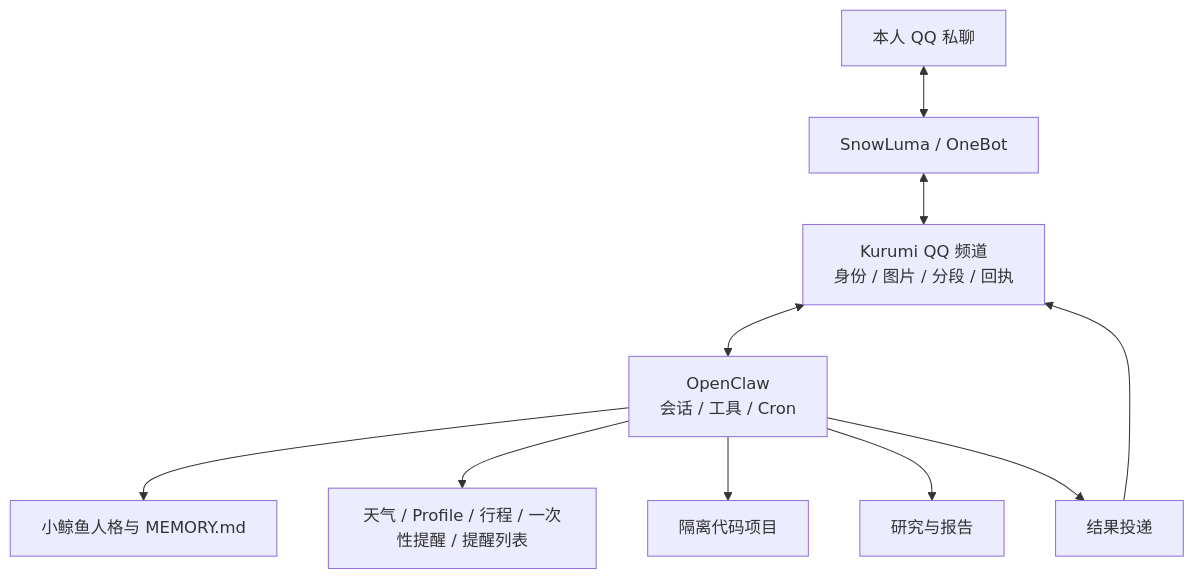
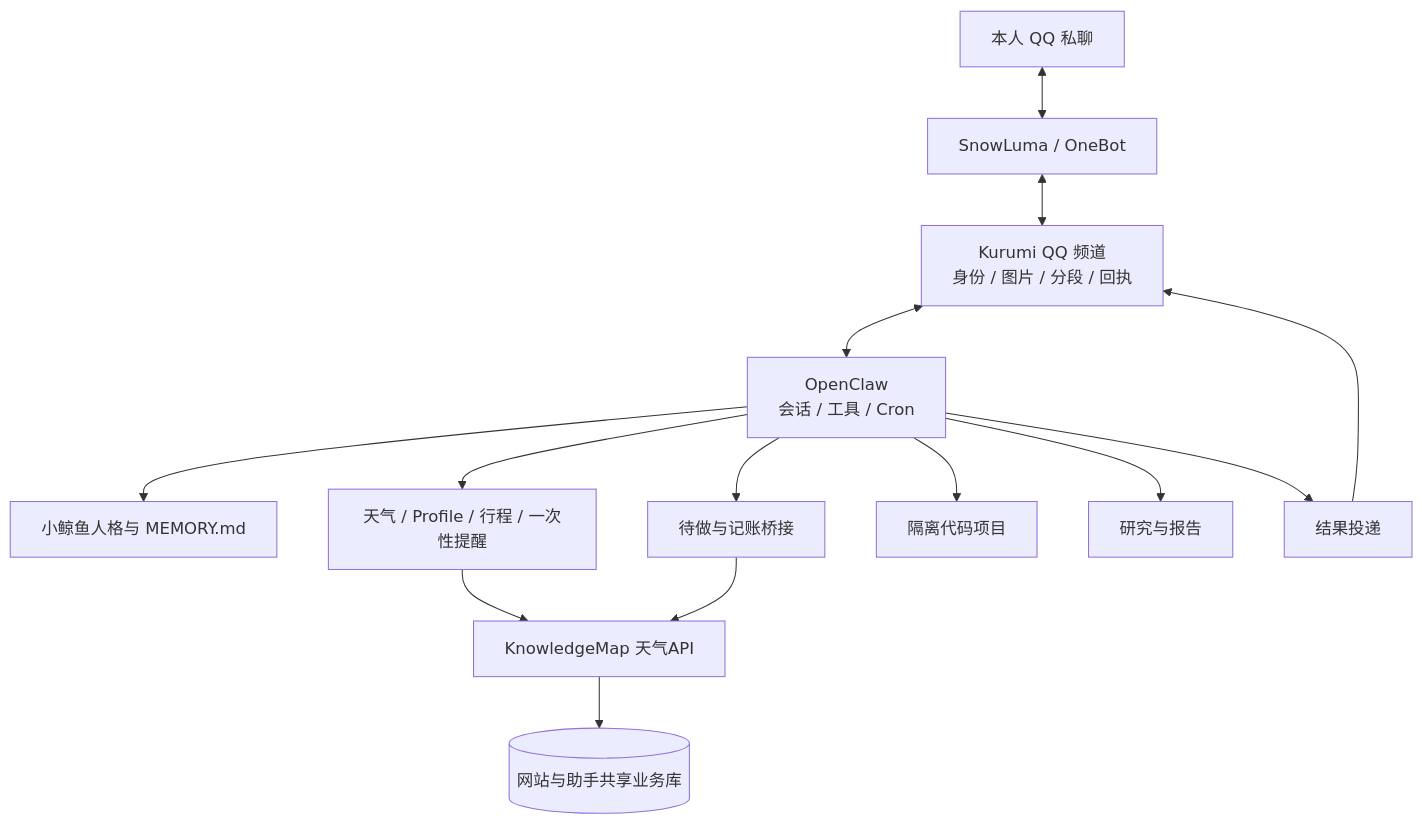
The diagram in docs/9_QQ融合助手架构与开发计划.md (zsh-afrangry/MyBot), drawn with Mermaid before and after one commit. The commit also changed other lines of this file and 26 other files, not shown here.

````diff
--- a/docs/9_QQ融合助手架构与开发计划.md
+++ b/docs/9_QQ融合助手架构与开发计划.md
@@ -9,12 +9,16 @@
 ```mermaid
 flowchart TD
   Q[本人 QQ 私聊] <--> S[SnowLuma / OneBot]
   S <--> C[Kurumi QQ 频道\n身份 / 图片 / 分段 / 回执]
   C <--> O[OpenClaw\n会话 / 工具 / Cron]
   O --> P[小鲸鱼人格与 MEMORY.md]
-  O --> B[天气 / Profile / 行程 / 一次性提醒 / 提醒列表]
+  O --> B[天气 / Profile / 行程 / 一次性提醒]
+  O --> K[待做与记账桥接]
+  B --> API[KnowledgeMap 天气API]
+  K --> API
+  API --> DB[(网站与助手共享业务库)]
   O --> W[隔离代码项目]
   O --> R[研究与报告]
   O --> D[结果投递]
   D --> C
 ```
````
